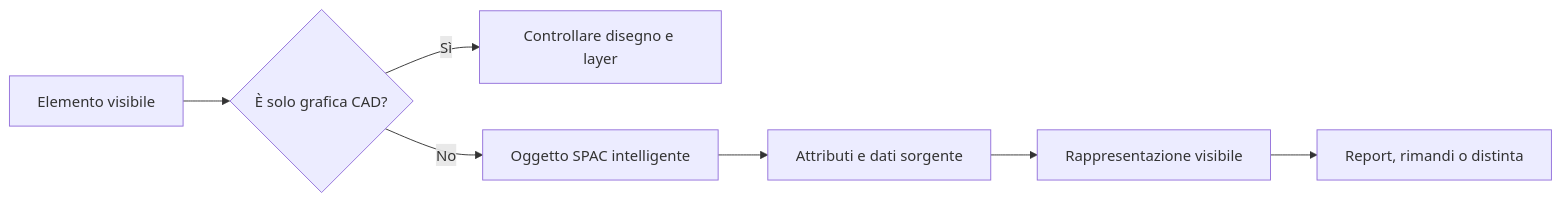
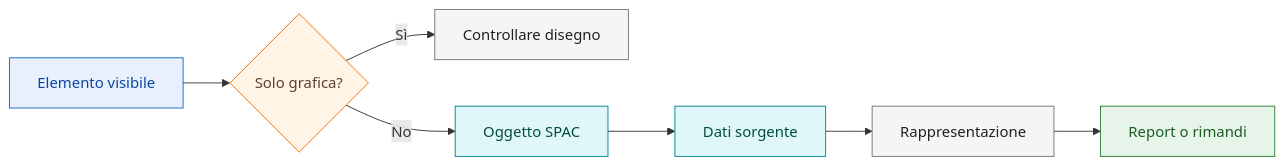
The second of 2 diagrams in docs/concepts.md (robertochello/spac-start-knowledge-base), drawn with Mermaid before and after one commit. The commit also changed other lines of this file and 27 other files, not shown here.

Commit message:
docs: standardize diagrams and visual cues

````diff
--- a/docs/concepts.md
+++ b/docs/concepts.md
@@ -42,9 +46,15 @@
 ```mermaid
 flowchart LR
-    A[Elemento visibile] --> B{È solo grafica CAD?}
-    B -->|Sì| C[Controllare disegno e layer]
-    B -->|No| D[Oggetto SPAC intelligente]
-    D --> E[Attributi e dati sorgente]
-    E --> F[Rappresentazione visibile]
-    F --> G[Report, rimandi o distinta]
+    A[Elemento visibile]:::info --> B{Solo grafica?}:::warn
+    B -->|Sì| C[Controllare disegno]:::process
+    B -->|No| D[Oggetto SPAC]:::data
+    D --> E[Dati sorgente]:::data
+    E --> F[Rappresentazione]:::process
+    F --> G[Report o rimandi]:::ok
+
+    classDef ok fill:#e6f4ea,stroke:#2e7d32,color:#1b5e20;
+    classDef warn fill:#fff4e5,stroke:#ef6c00,color:#5d4037;
+    classDef info fill:#e8f0fe,stroke:#1565c0,color:#0d47a1;
+    classDef data fill:#e0f7fa,stroke:#00838f,color:#004d40;
+    classDef process fill:#f5f5f5,stroke:#757575,color:#212121;
 ```
````
